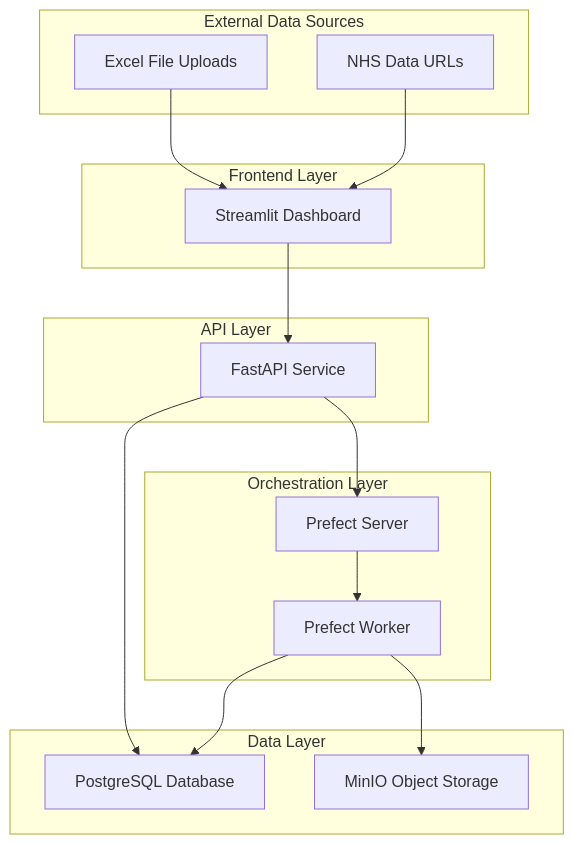
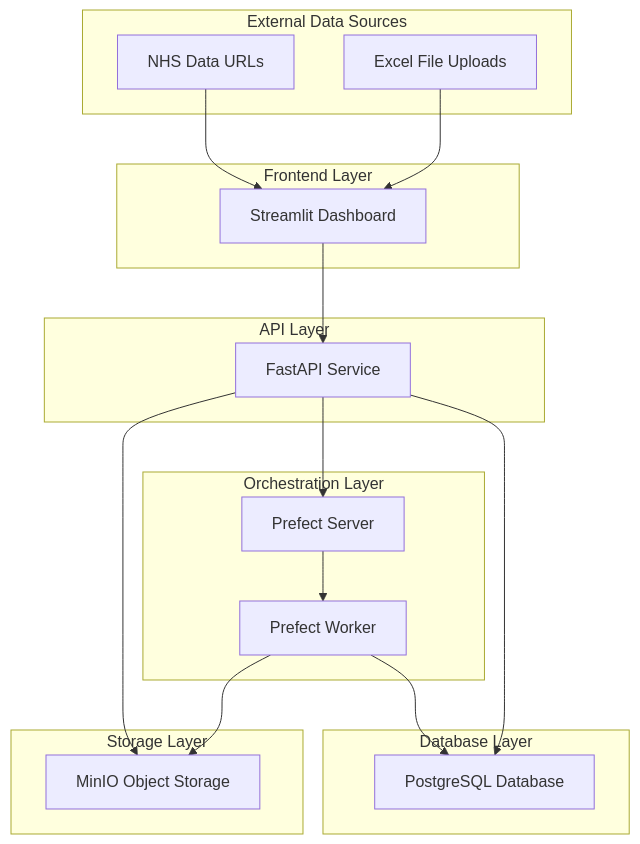
One commit to ZohraB612/de_pipeline changed the first of 4 diagrams in TECHNICAL_DOCUMENTATION.md. Above: the diagram before and after it, drawn with Mermaid.

Commit message:
Fix high-level architecture to show correct MinIO data flow

````diff
--- a/TECHNICAL_DOCUMENTATION.md
+++ b/TECHNICAL_DOCUMENTATION.md
@@ -30,34 +30,38 @@
 ```mermaid
 graph TB
     subgraph "External Data Sources"
         A[NHS Data URLs]
         B[Excel File Uploads]
     end
     
     subgraph "Frontend Layer"
         C[Streamlit Dashboard]
     end
     
     subgraph "API Layer"
         D[FastAPI Service]
     end
     
+    subgraph "Storage Layer"
+        H[MinIO Object Storage]
+    end
+    
     subgraph "Orchestration Layer"
         E[Prefect Server]
         F[Prefect Worker]
     end
     
-    subgraph "Data Layer"
+    subgraph "Database Layer"
         G[PostgreSQL Database]
-        H[MinIO Object Storage]
     end
     
     A --> C
     B --> C
     C --> D
+    D --> H
     D --> E
     E --> F
+    F --> H
     F --> G
-    F --> H
     D --> G
 ```
````
